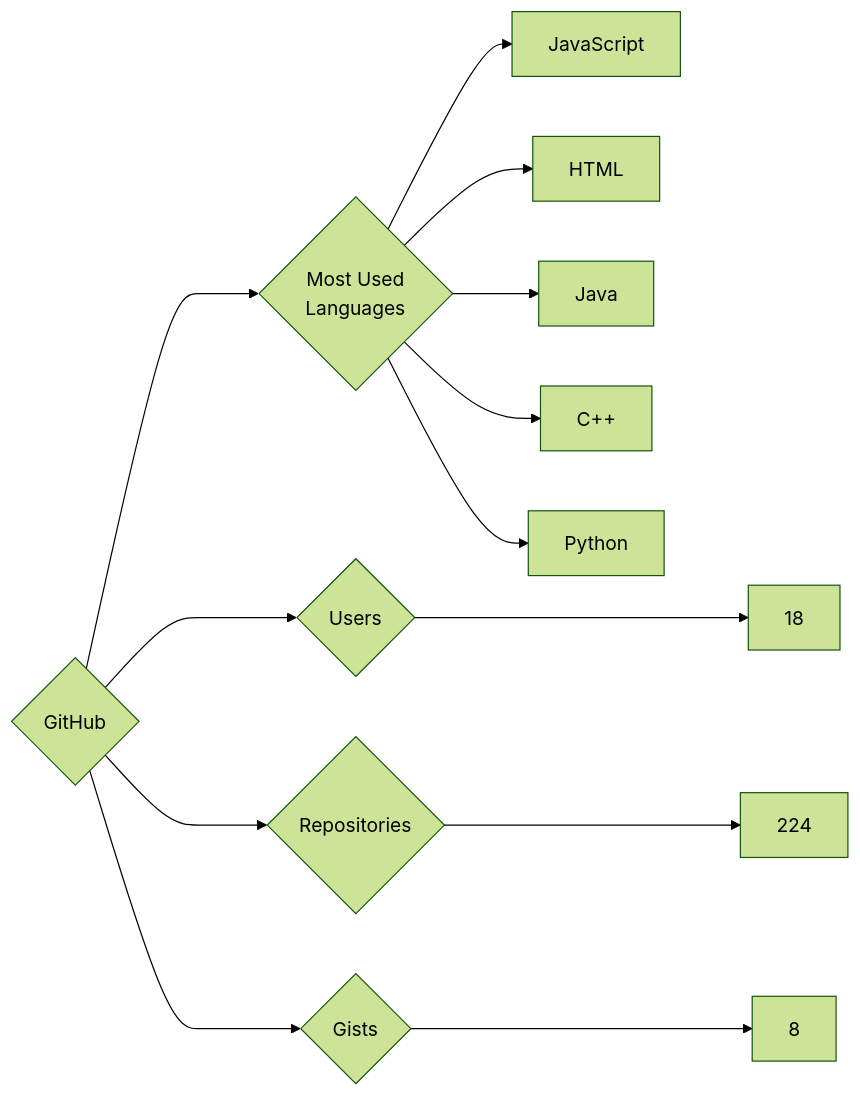
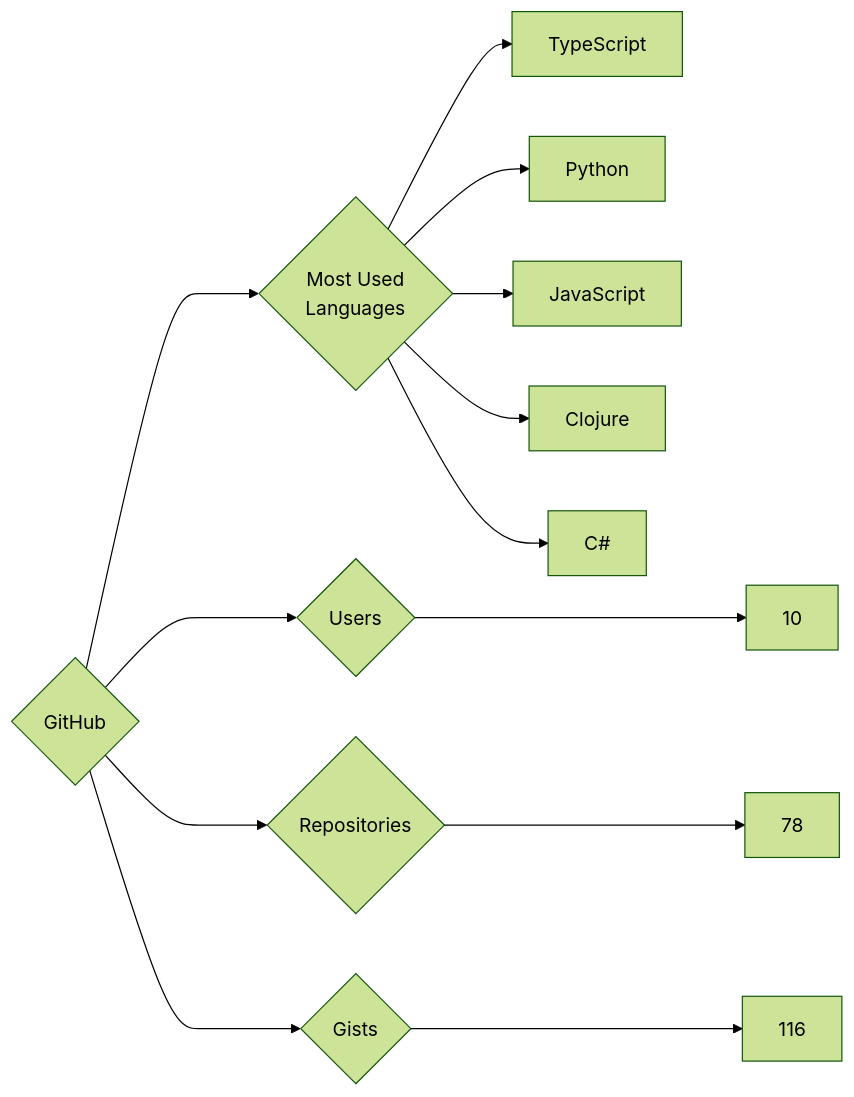
One commit to trickest/insiders changed the diagram in targets/GitHub/README.md. Above: the diagram before and after it, drawn with Mermaid (forest theme). The commit also changed 1123 other files, not shown here.

````diff
--- a/targets/GitHub/README.md
+++ b/targets/GitHub/README.md
@@ -3,13 +3,13 @@
 ```mermaid
 graph LR
 COMPANY_NAME{GitHub}
-COMPANY_NAME ---> U{Users} ---> UN[18]
-COMPANY_NAME ---> R{Repositories} ---> RN[224]
-COMPANY_NAME ---> G{Gists} ---> GN[8]
+COMPANY_NAME ---> U{Users} ---> UN[10]
+COMPANY_NAME ---> R{Repositories} ---> RN[78]
+COMPANY_NAME ---> G{Gists} ---> GN[116]
 COMPANY_NAME ---> ML{Most Used<br>Languages}
+ML --> TypeScript[TypeScript]
+ML --> Python[Python]
 ML --> JavaScript[JavaScript]
-ML --> HTML[HTML]
-ML --> Java[Java]
-ML --> C++[C++]
-ML --> Python[Python]
+ML --> Clojure[Clojure]
+ML --> C#[C#]
 ```
````
